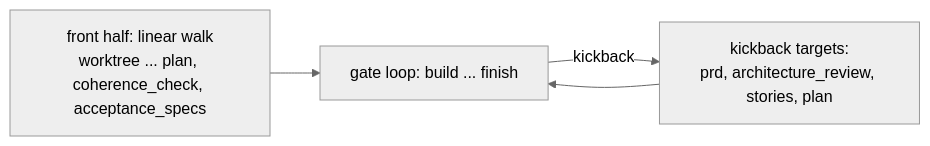
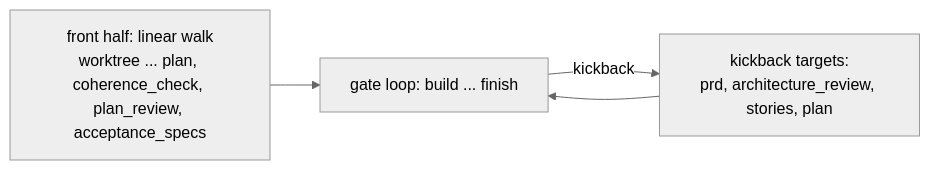
One commit to jstoup111/ai-conductor changed the diagram in docs/explanation/sdlc-phases.md. Above: the diagram before and after it, drawn with Mermaid (neutral theme). The commit also changed other lines of this file and 8 other files, not shown here.

Commit message:
docs: document the plan_review DECIDE gate

````diff
--- a/docs/explanation/sdlc-phases.md
+++ b/docs/explanation/sdlc-phases.md
@@ -42,6 +42,6 @@
 ```mermaid
 flowchart LR
-  A["front half: linear walk<br/>worktree ... plan, coherence_check, acceptance_specs"] --> B["gate loop: build ... finish"]
+  A["front half: linear walk<br/>worktree ... plan, coherence_check, plan_review, acceptance_specs"] --> B["gate loop: build ... finish"]
   B -->|kickback| C["kickback targets:<br/>prd, architecture_review, stories, plan"]
   C --> B
 ```
````
